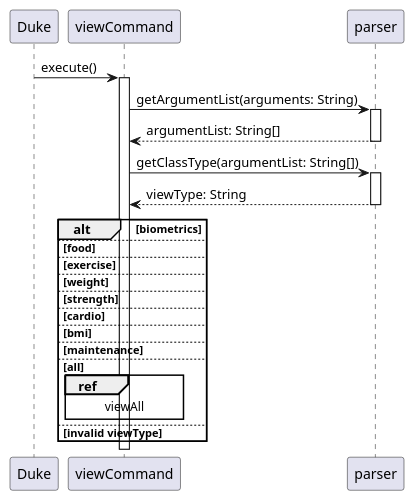
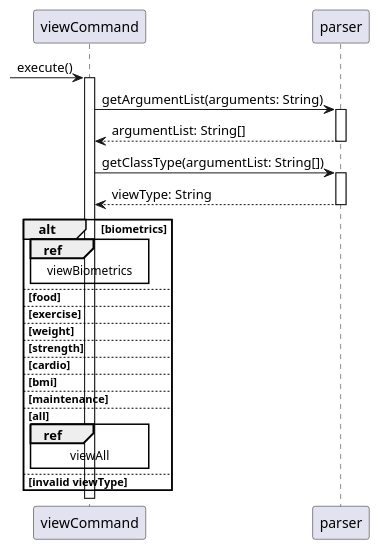
One commit to nus-cs2113-AY2223S1/tp changed the diagram in docs/UmlDiagrams/View.puml. Above: the diagram before and after it, drawn with PlantUML. The commit also changed 17 other files, not shown here.

```diff
--- a/docs/UmlDiagrams/View.puml
+++ b/docs/UmlDiagrams/View.puml
@@ -1,38 +1,39 @@
 @startuml
 'https://plantuml.com/sequence-diagram
 
 autoactivate on
 
 'Duke -> ui: input()
 'User --> ui: user input
 'Duke <-- ui: user input
 
-Duke -> viewCommand: execute()
+-> viewCommand: execute()
 viewCommand -> parser: getArgumentList(arguments: String)
 return argumentList: String[]
 viewCommand -> parser: getClassType(argumentList: String[])
 return viewType: String
 
 alt biometrics
+    ref over viewCommand: viewBiometrics
 
 else food
 
 else exercise
 
 else weight
 
 else strength
 
 else cardio
 
 else bmi
 
 else maintenance
 
 else all
     ref over viewCommand: viewAll
 else invalid viewType
 
 end
 
 @enduml
```
